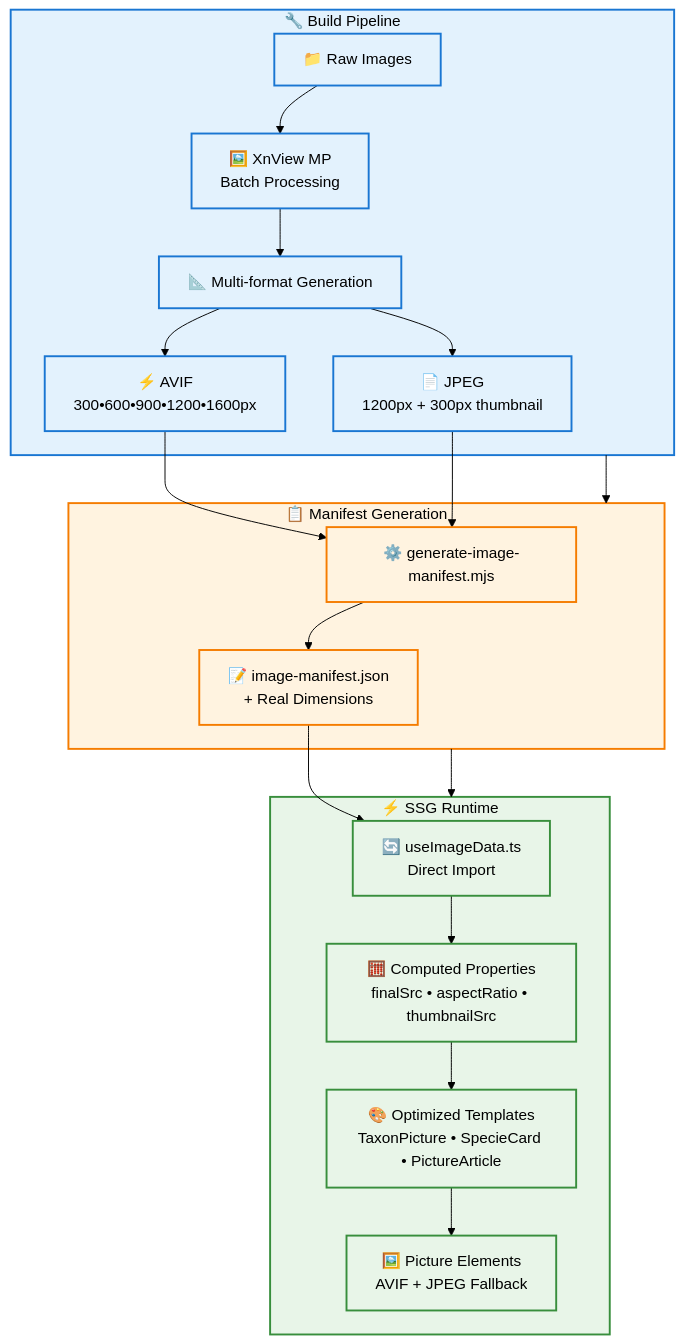
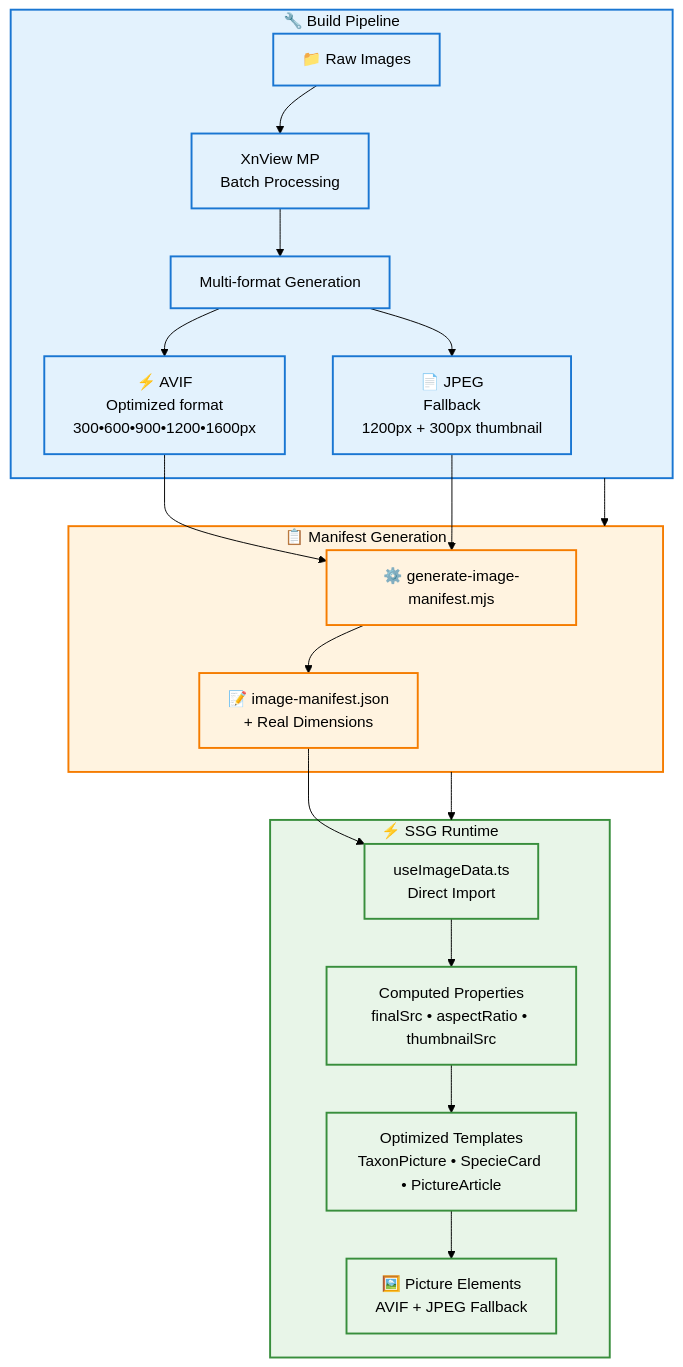
One commit to Cedric-ruiu/myrmecophoto-vue changed the second of 2 diagrams in README.md. Above: the diagram before and after it, drawn with Mermaid (forest theme). The commit also changed other lines of this file, not shown here.

````diff
--- a/README.md
+++ b/README.md
@@ -224,33 +224,33 @@
 ```mermaid
 flowchart TB
     subgraph BUILD ["🔧 Build Pipeline"]
-        A[📁 Raw Images] --> B[🖼️ XnView MP<br/>Batch Processing]
-        B --> C[📐 Multi-format Generation]
-        C --> D[⚡ AVIF<br/>300•600•900•1200•1600px]
-        C --> E[📄 JPEG<br/>1200px + 300px thumbnail]
+        A[📁 Raw Images] --> B[XnView MP<br/>Batch Processing]
+        B --> C[Multi-format Generation]
+        C --> D[⚡ AVIF<br/>Optimized format<br/>300•600•900•1200•1600px]
+        C --> E[📄 JPEG<br/>Fallback<br/>1200px + 300px thumbnail]
     end
 
     subgraph MANIFEST ["📋 Manifest Generation"]
         D --> F[⚙️ generate-image-manifest.mjs]
         E --> F
         F --> G[📝 image-manifest.json<br/>+ Real Dimensions]
     end
 
     subgraph RUNTIME ["⚡ SSG Runtime"]
-        G --> H[🔄 useImageData.ts<br/>Direct Import]
-        H --> I[🧮 Computed Properties<br/>finalSrc • aspectRatio • thumbnailSrc]
-        I --> J[🎨 Optimized Templates<br/>TaxonPicture • SpecieCard • PictureArticle]
+        G --> H[useImageData.ts<br/>Direct Import]
+        H --> I[Computed Properties<br/>finalSrc • aspectRatio • thumbnailSrc]
+        I --> J[Optimized Templates<br/>TaxonPicture • SpecieCard • PictureArticle]
         J --> K[🖼️ Picture Elements<br/>AVIF + JPEG Fallback]
     end
 
     BUILD --> MANIFEST
     MANIFEST --> RUNTIME
 
     classDef buildStyle fill:#e3f2fd,stroke:#1976d2,stroke-width:2px,color:#000
     classDef manifestStyle fill:#fff3e0,stroke:#f57c00,stroke-width:2px,color:#000
     classDef runtimeStyle fill:#e8f5e8,stroke:#388e3c,stroke-width:2px,color:#000
 
     class BUILD,A,B,C,D,E buildStyle
     class MANIFEST,F,G manifestStyle
     class RUNTIME,H,I,J,K runtimeStyle
 ```
````
